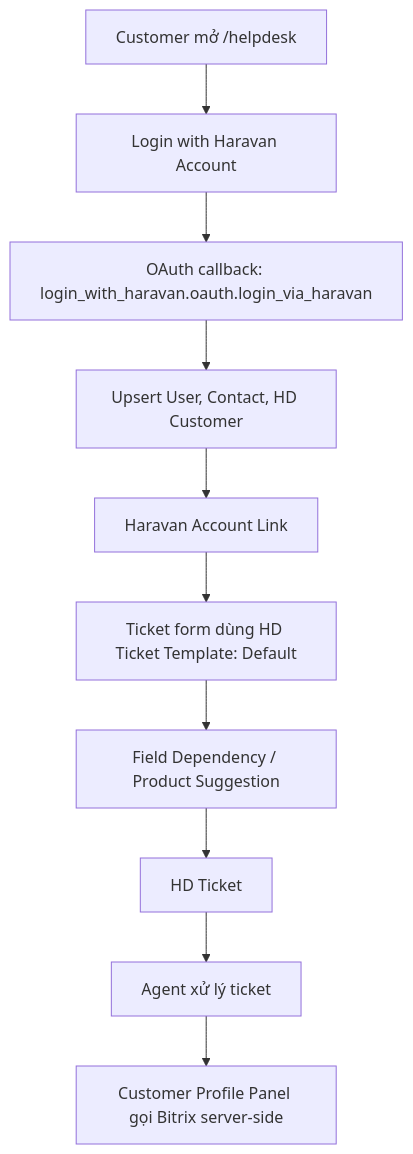
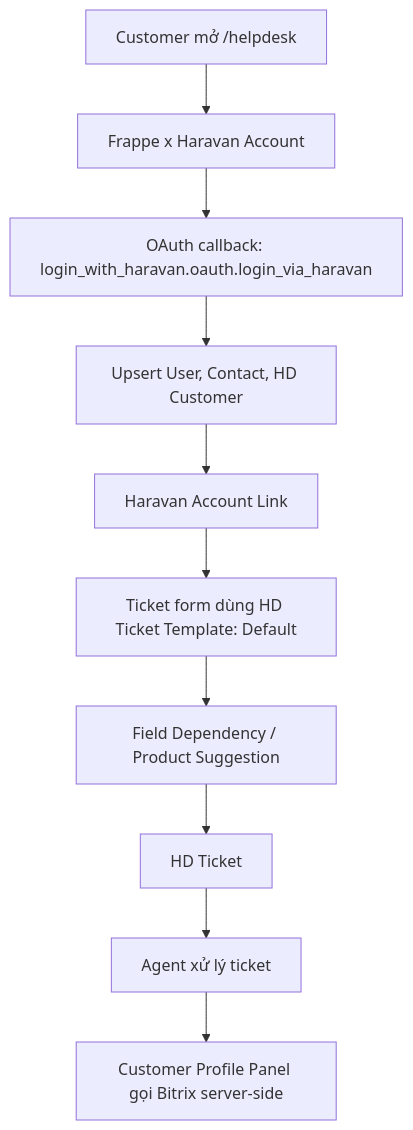
The diagram in openspec/sop/haravan-helpdesk-handoff.md (tody-agent/login_with_haravan), drawn with Mermaid before and after one commit. The commit also changed other lines of this file and 43 other files, not shown here.

````diff
--- a/openspec/sop/haravan-helpdesk-handoff.md
+++ b/openspec/sop/haravan-helpdesk-handoff.md
@@ -32,12 +32,12 @@
 ```mermaid
 flowchart TD
-  A["Customer mở /helpdesk"] --> B["Login with Haravan Account"]
+  A["Customer mở /helpdesk"] --> B["Frappe x Haravan Account"]
   B --> C["OAuth callback: login_with_haravan.oauth.login_via_haravan"]
   C --> D["Upsert User, Contact, HD Customer"]
   D --> E["Haravan Account Link"]
   E --> F["Ticket form dùng HD Ticket Template: Default"]
   F --> G["Field Dependency / Product Suggestion"]
   G --> H["HD Ticket"]
   H --> I["Agent xử lý ticket"]
   I --> J["Customer Profile Panel gọi Bitrix server-side"]
 ```
````
